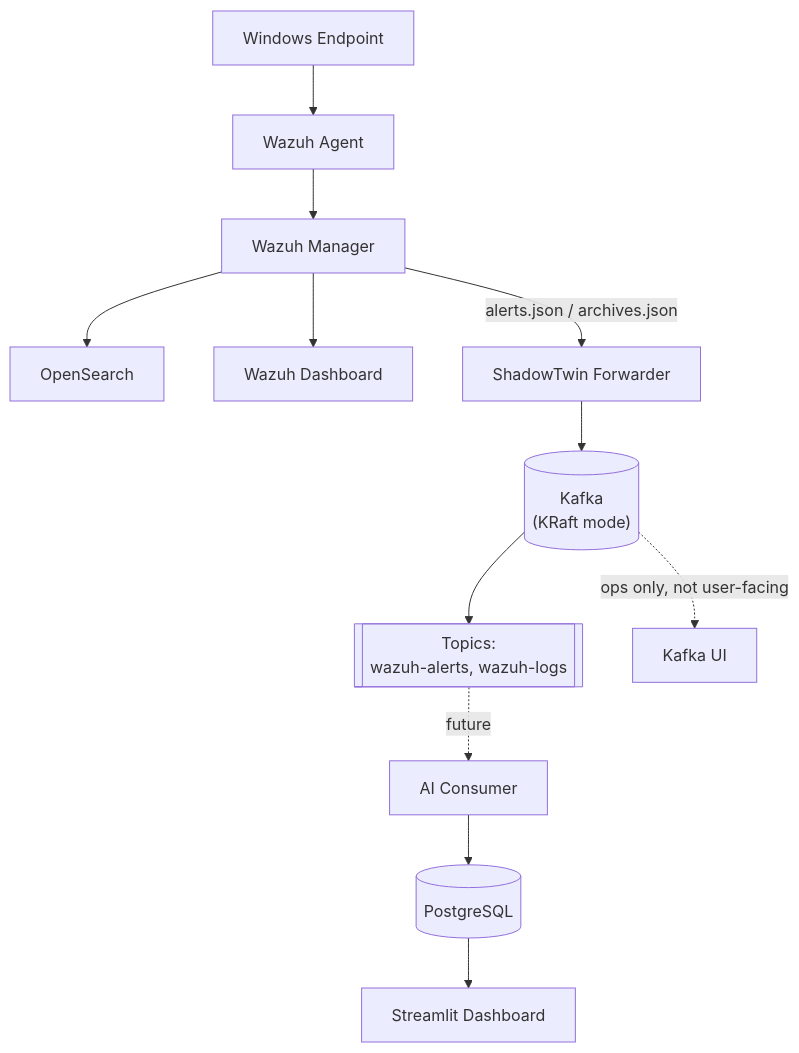
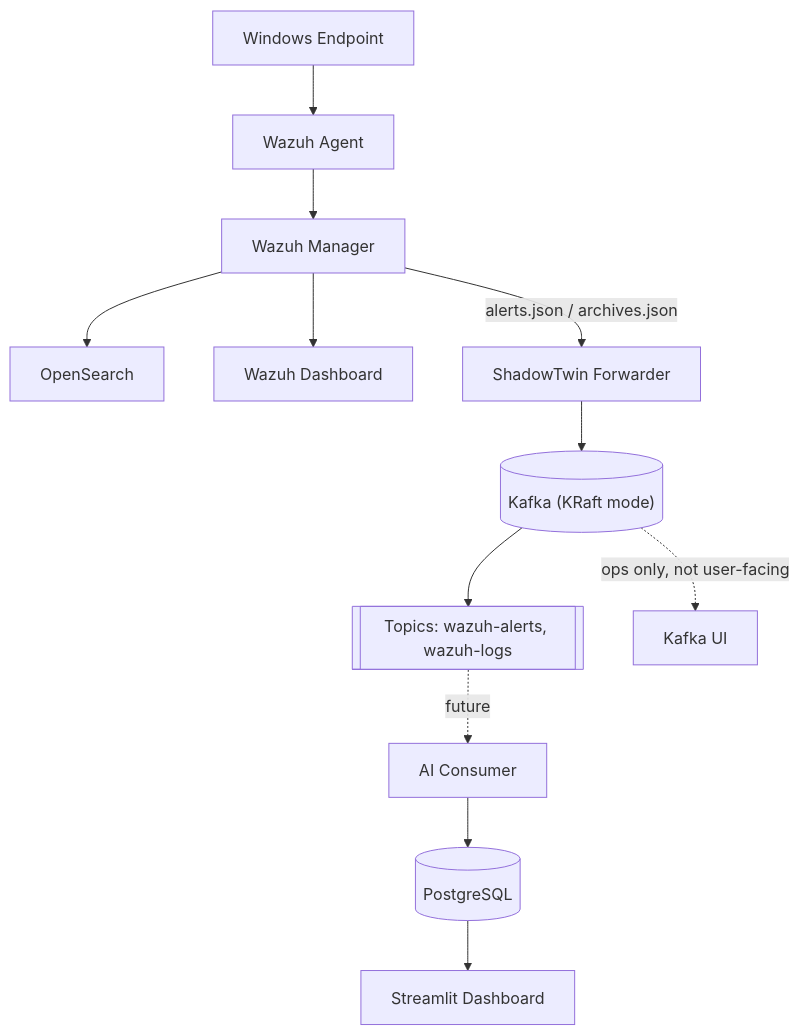
One commit to Aakhri-Pastaa/ShadowTwin changed the diagram in docs/TOPOLOGY.md. Above: the diagram before and after it, drawn with Mermaid. The commit also changed 2 other files, not shown here.

Commit message:
docs: fix Mermaid diagrams that rendered blank (drop br tags, emoji, literal \n)

````diff
--- a/docs/TOPOLOGY.md
+++ b/docs/TOPOLOGY.md
@@ -10,14 +10,14 @@
 ```mermaid
 flowchart TD
     EP["Windows Endpoint"] --> AG["Wazuh Agent"]
     AG --> MGR["Wazuh Manager"]
     MGR --> OS["OpenSearch"]
     MGR --> WD["Wazuh Dashboard"]
     MGR -->|"alerts.json / archives.json"| FWD["ShadowTwin Forwarder"]
-    FWD --> BRK[("Kafka\n(KRaft mode)")]
-    BRK --> TOP[["Topics:\nwazuh-alerts, wazuh-logs"]]
+    FWD --> BRK[("Kafka (KRaft mode)")]
+    BRK --> TOP[["Topics: wazuh-alerts, wazuh-logs"]]
     TOP -.future.-> AI["AI Consumer"]
     AI --> DB[("PostgreSQL")]
     DB --> UI["Streamlit Dashboard"]
     BRK -.ops only, not user-facing.-> KUI["Kafka UI"]
 ```
````
